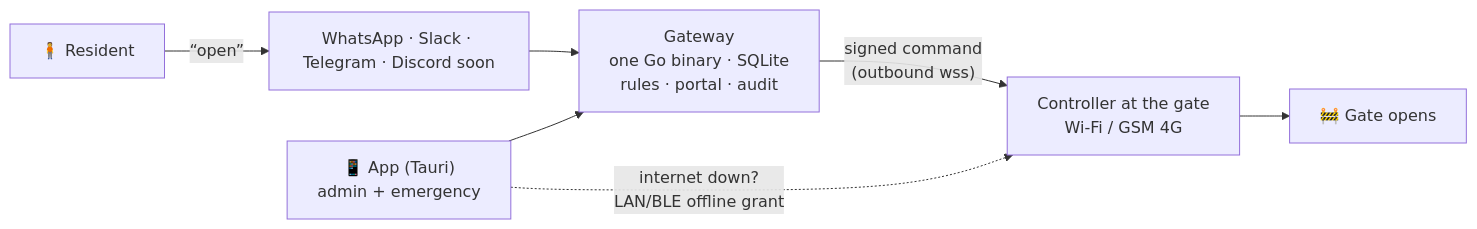
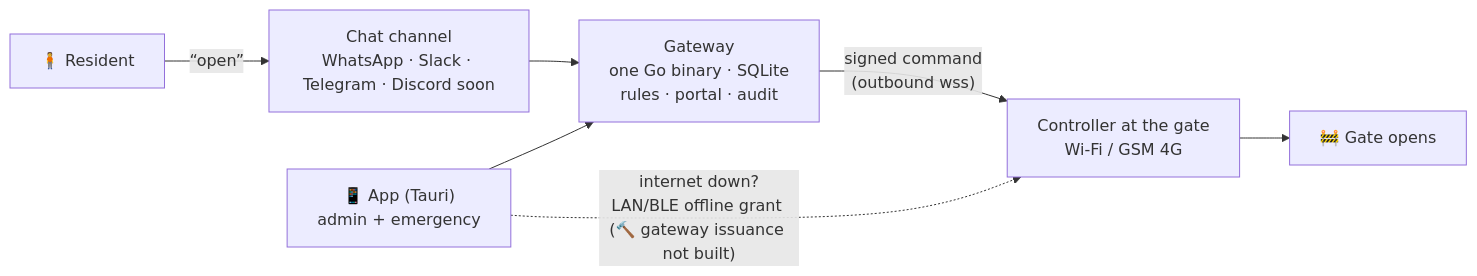
Before and after one commit to vul-os/whatsacc: the first of 2 diagrams in README.md, drawn with Mermaid. The commit also changed other lines of this file and 26 other files, not shown here.

````diff
--- a/README.md
+++ b/README.md
@@ -38,9 +40,9 @@
 ```mermaid
 flowchart LR
-    R["🧍 Resident"] -- "“open”" --> CH["WhatsApp · Slack · Telegram · Discord soon"]
+    R["🧍 Resident"] -- "“open”" --> CH["Chat channel<br/>WhatsApp · Slack · Telegram · Discord soon"]
     CH --> GW["Gateway<br/>one Go binary · SQLite<br/>rules · portal · audit"]
     APP["📱 App (Tauri)<br/>admin + emergency"] --> GW
     GW -- "signed command<br/>(outbound wss)" --> C["Controller at the gate<br/>Wi-Fi / GSM 4G"]
     C --> G["🚧 Gate opens"]
-    APP -. "internet down?<br/>LAN/BLE offline grant" .-> C
+    APP -. "internet down?<br/>LAN/BLE offline grant (🔨 gateway issuance not built)" .-> C
 ```
````
